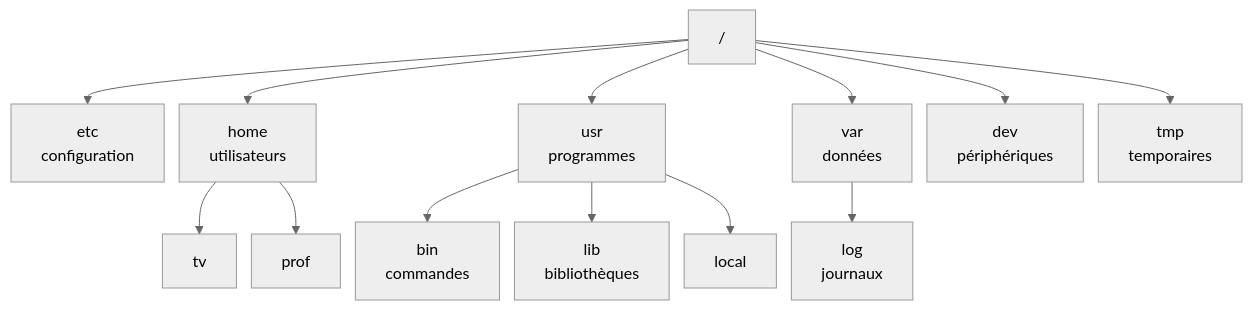
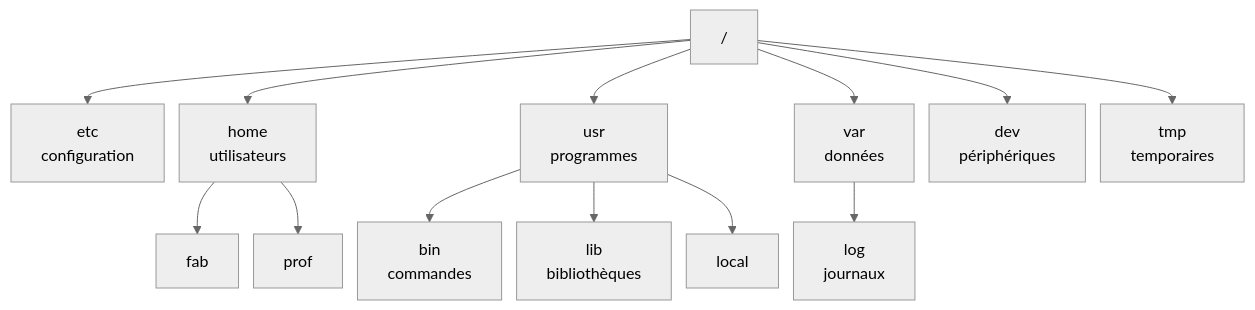
Before and after one commit to fabrice1618/intro_linux_tp: the diagram in img/src/arborescence-diapo.mmd, drawn with Mermaid (neutral theme). The commit also changed 34 other files, not shown here.

```diff
--- a/img/src/arborescence-diapo.mmd
+++ b/img/src/arborescence-diapo.mmd
@@ -1,14 +1,14 @@
 %%{init: {"flowchart": {"nodeSpacing": 15, "rankSpacing": 40}}}%%
 flowchart TD
     R["/"] --> ETC["etc<br/>configuration"]
     R --> HOME["home<br/>utilisateurs"]
     R --> USR["usr<br/>programmes"]
     R --> VAR["var<br/>données"]
     R --> DEV["dev<br/>périphériques"]
     R --> TMP["tmp<br/>temporaires"]
-    HOME --> TV["tv"]
+    HOME --> TV["fab"]
     HOME --> PROF["prof"]
     USR --> UBIN["bin<br/>commandes"]
     USR --> ULIB["lib<br/>bibliothèques"]
     USR --> ULOCAL["local"]
     VAR --> LOG["log<br/>journaux"]
```
